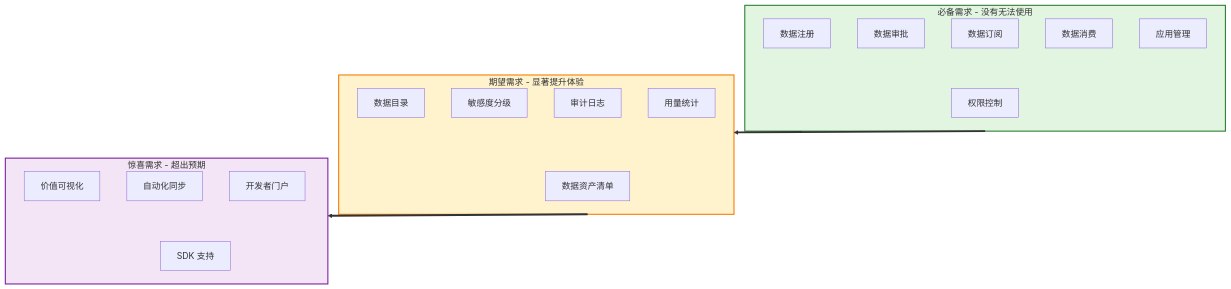
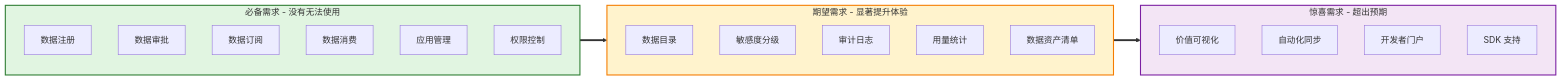
One commit to THZSummer/Product changed the sixth of 10 diagrams in open-app/.specs/feature-session-001/discovery-report.md. Above: the diagram before and after it, drawn with Mermaid.

Commit message:
design: 修复 4.1 图表斜向排列问题
- 使用 graph LR 布局（从左到右）
- 移除底部&语法连接
- 直接连接 subgraph，让 mermaid 自动布局
- 三大块应该水平排列

````diff
--- a/open-app/.specs/feature-session-001/discovery-report.md
+++ b/open-app/.specs/feature-session-001/discovery-report.md
@@ -210,37 +210,32 @@
 ```mermaid
-graph TB
+graph LR
     subgraph Must_Have[必备需求 - 没有无法使用]
         M1[数据注册]
         M2[数据审批]
         M3[数据订阅]
         M4[数据消费]
         M5[应用管理]
         M6[权限控制]
     end
     
     subgraph Should_Have[期望需求 - 显著提升体验]
         S1[数据目录]
         S2[敏感度分级]
         S3[审计日志]
         S4[用量统计]
         S5[数据资产清单]
     end
     
     subgraph Could_Have[惊喜需求 - 超出预期]
         C1[价值可视化]
         C2[自动化同步]
         C3[开发者门户]
         C4[SDK 支持]
     end
     
-    M1 & M2 & M3 & M4 & M5 & M6 -.- Must_Have
-    S1 & S2 & S3 & S4 & S5 -.- Should_Have
-    C1 & C2 & C3 & C4 -.- Could_Have
-    
-    Must_Have ==> Should_Have
-    Should_Have ==> Could_Have
+    Must_Have ==> Should_Have ==> Could_Have
     
     style Must_Have fill:#e1f5e1,stroke:#2e7d32,stroke-width:2px
     style Should_Have fill:#fff3cd,stroke:#f57c00,stroke-width:2px
     style Could_Have fill:#f3e5f5,stroke:#7b1fa2,stroke-width:2px
 ```
````
